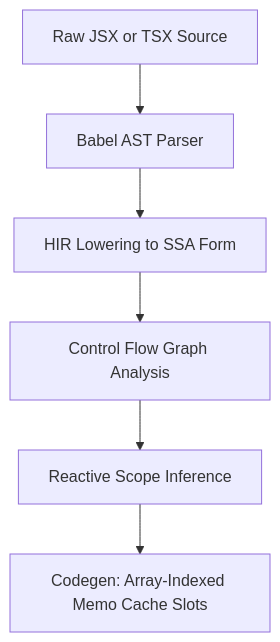
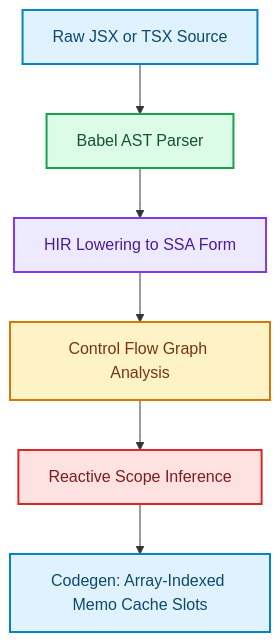
The second of 2 diagrams in blog/posts/react-compiler-vs-signals-fine-grained-reactivity-ast-tradeoffs.md (akmalkhaniub/akmalkhaniub.github.io), drawn with Mermaid before and after one commit. The commit also changed other lines of this file and 1291 other files, not shown here.

First line of the commit message:
feat(catalog): unique covers, scholarly references, and diagram palettes

````diff
--- a/blog/posts/react-compiler-vs-signals-fine-grained-reactivity-ast-tradeoffs.md
+++ b/blog/posts/react-compiler-vs-signals-fine-grained-reactivity-ast-tradeoffs.md
@@ -75,8 +86,19 @@
 ```mermaid
 flowchart TD
   RawCode["Raw JSX or TSX Source"] --> BabelAST["Babel AST Parser"]
   BabelAST --> HIRLowering["HIR Lowering to SSA Form"]
   HIRLowering --> CFG["Control Flow Graph Analysis"]
   CFG --> ReactiveInference["Reactive Scope Inference"]
   ReactiveInference --> MemoCodegen["Codegen: Array-Indexed Memo Cache Slots"]
+
+classDef green fill:#dcfce7,stroke:#16a34a,stroke-width:2px,color:#14532d;
+classDef red fill:#fee2e2,stroke:#dc2626,stroke-width:2px,color:#7f1d1d;
+classDef blue fill:#e0f2fe,stroke:#0284c7,stroke-width:2px,color:#0c4a6e;
+classDef yellow fill:#fef3c7,stroke:#d97706,stroke-width:2px,color:#78350f;
+classDef purple fill:#ede9fe,stroke:#7c3aed,stroke-width:2px,color:#4c1d95;
+class RawCode,MemoCodegen blue
+class BabelAST green
+class HIRLowering purple
+class CFG yellow
+class ReactiveInference red
 ```
````
